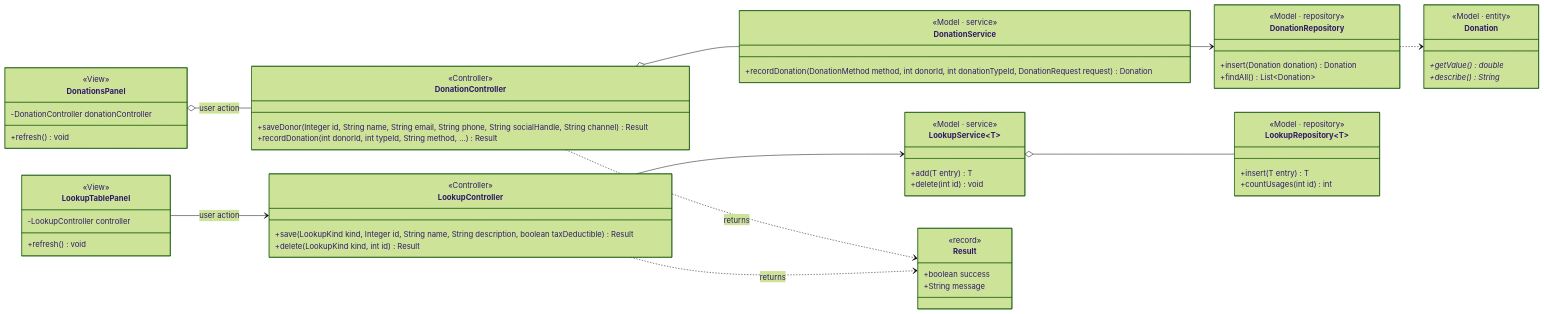
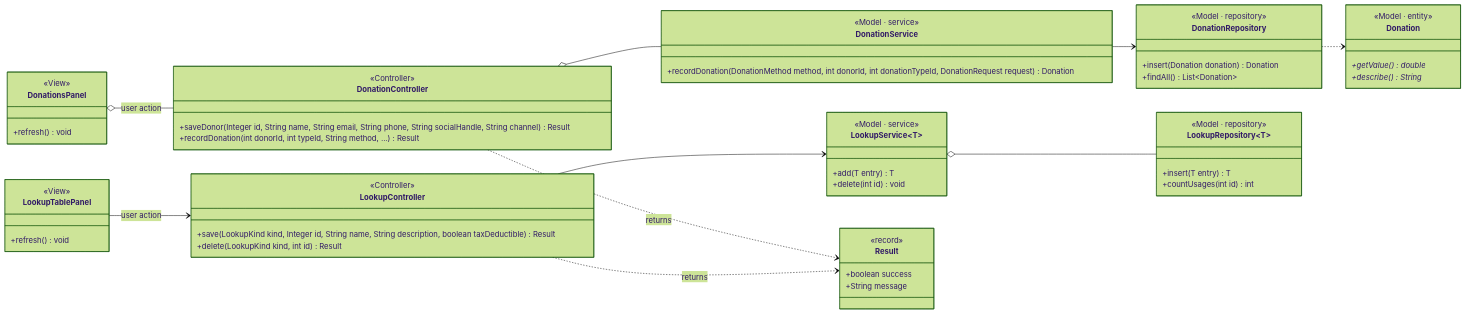
Before and after one commit to Abdallah1707/Ripple: the seventh of 7 diagrams in docs/class-diagram.md, drawn with Mermaid (forest theme). The commit also changed other lines of this file and 6 other files, not shown here.

````diff
--- a/docs/class-diagram.md
+++ b/docs/class-diagram.md
@@ -1386,62 +1276,60 @@
 ```mermaid
 classDiagram
 direction LR
 class DonationsPanel {
     <<View>>
-    -DonationController donationController
     +refresh() void
 }
 class LookupTablePanel {
     <<View>>
-    -LookupController controller
     +refresh() void
 }
 class DonationController {
     <<Controller>>
     +saveDonor(Integer id, String name, String email, String phone, String socialHandle, String channel) Result
     +recordDonation(int donorId, int typeId, String method, ...) Result
 }
 class LookupController {
     <<Controller>>
     +save(LookupKind kind, Integer id, String name, String description, boolean taxDeductible) Result
     +delete(LookupKind kind, int id) Result
 }
 class DonationService {
     <<Model · service>>
     +recordDonation(DonationMethod method, int donorId, int donationTypeId, DonationRequest request) Donation
 }
 class LookupService~T~ {
     <<Model · service>>
     +add(T entry) T
     +delete(int id) void
 }
 class DonationRepository {
     <<Model · repository>>
     +insert(Donation donation) Donation
     +findAll() List~Donation~
 }
 class LookupRepository~T~ {
     <<Model · repository>>
     +insert(T entry) T
     +countUsages(int id) int
 }
 class Donation {
     <<Model · entity>>
     +getValue()* double
     +describe()* String
 }
 class Result {
     <<record>>
     +boolean success
     +String message
 }
 DonationsPanel o-- DonationController : user action
 LookupTablePanel --> LookupController : user action
 DonationController ..> Result : returns
 LookupController ..> Result : returns
 DonationController o-- DonationService
 LookupController --> LookupService
 DonationService --> DonationRepository
 LookupService o-- LookupRepository
 DonationRepository ..> Donation
 ```
````
